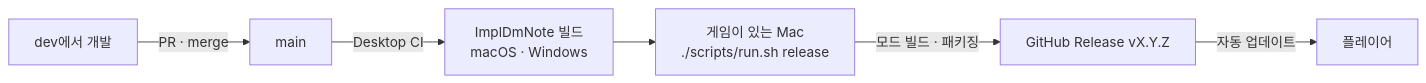
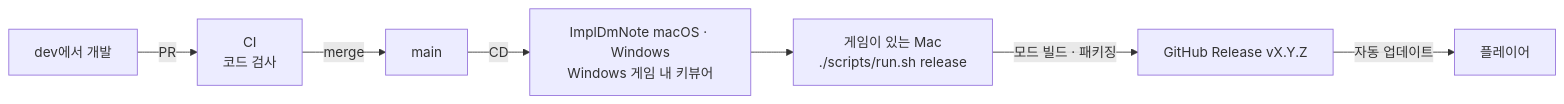
The diagram in docs/releasing.md (KGH1113/Element), drawn with Mermaid before and after one commit. The commit also changed other lines of this file and 19 other files, not shown here.

````diff
--- a/docs/releasing.md
+++ b/docs/releasing.md
@@ -3,8 +3,9 @@
 ```mermaid
 flowchart LR
-    dev["dev에서 개발"] -->|PR · merge| main
-    main -->|Desktop CI| app["ImplDmNote 빌드<br/>macOS · Windows"]
-    app --> local["게임이 있는 Mac<br/>./scripts/run.sh release"]
+    dev["dev에서 개발"] -->|PR| ci["CI<br/>코드 검사"]
+    ci -->|merge| main
+    main -->|CD| builds["ImplDmNote macOS · Windows<br/>Windows 게임 내 키뷰어"]
+    builds --> local["게임이 있는 Mac<br/>./scripts/run.sh release"]
     local -->|모드 빌드 · 패키징| gh["GitHub Release vX.Y.Z"]
     gh -->|자동 업데이트| players["플레이어"]
 ```
````
